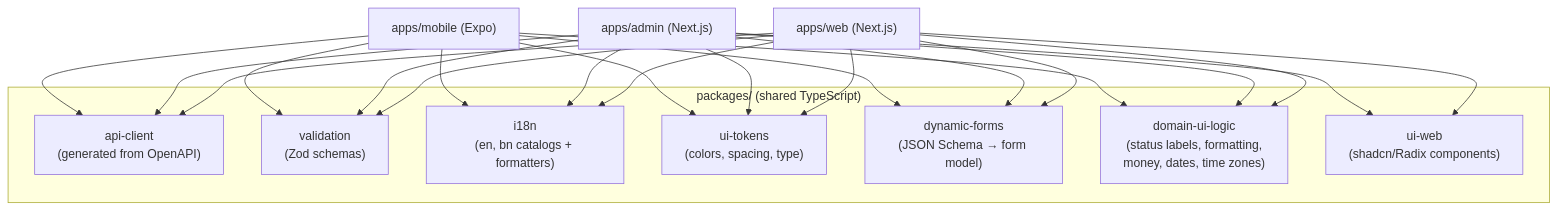
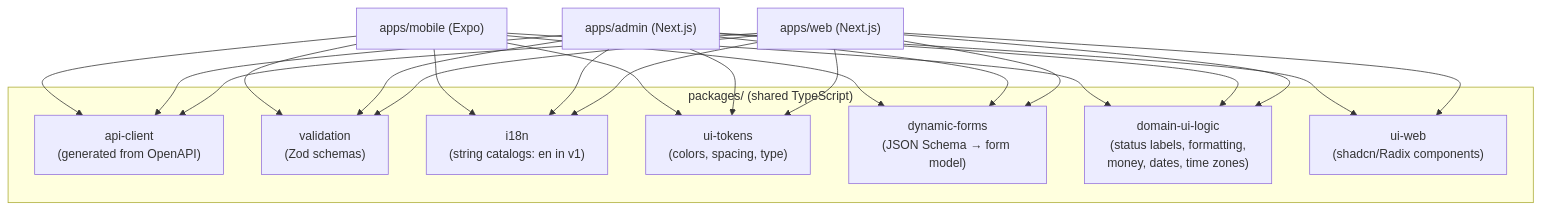
One commit to saidul-islam-rajib/CareerPilot changed the diagram in Planning/Design/11-Frontend-Architecture.md. Above: the diagram before and after it, drawn with Mermaid. The commit also changed other lines of this file and 7 other files, not shown here.

````diff
--- a/Planning/Design/11-Frontend-Architecture.md
+++ b/Planning/Design/11-Frontend-Architecture.md
@@ -5,15 +5,15 @@
 ```mermaid
 flowchart TB
   subgraph packages["packages/ (shared TypeScript)"]
     client["api-client<br/>(generated from OpenAPI)"]
     val["validation<br/>(Zod schemas)"]
-    i18n["i18n<br/>(en, bn catalogs + formatters)"]
+    i18n["i18n<br/>(string catalogs: en in v1)"]
     tokens["ui-tokens<br/>(colors, spacing, type)"]
     forms["dynamic-forms<br/>(JSON Schema → form model)"]
     domainui["domain-ui-logic<br/>(status labels, formatting,<br/>money, dates, time zones)"]
     uiweb["ui-web<br/>(shadcn/Radix components)"]
   end
   web["apps/web (Next.js)"] --> client & val & i18n & tokens & forms & domainui & uiweb
   admin["apps/admin (Next.js)"] --> client & val & i18n & tokens & forms & domainui & uiweb
   mobile["apps/mobile (Expo)"] --> client & val & i18n & tokens & forms & domainui
 ```
````
